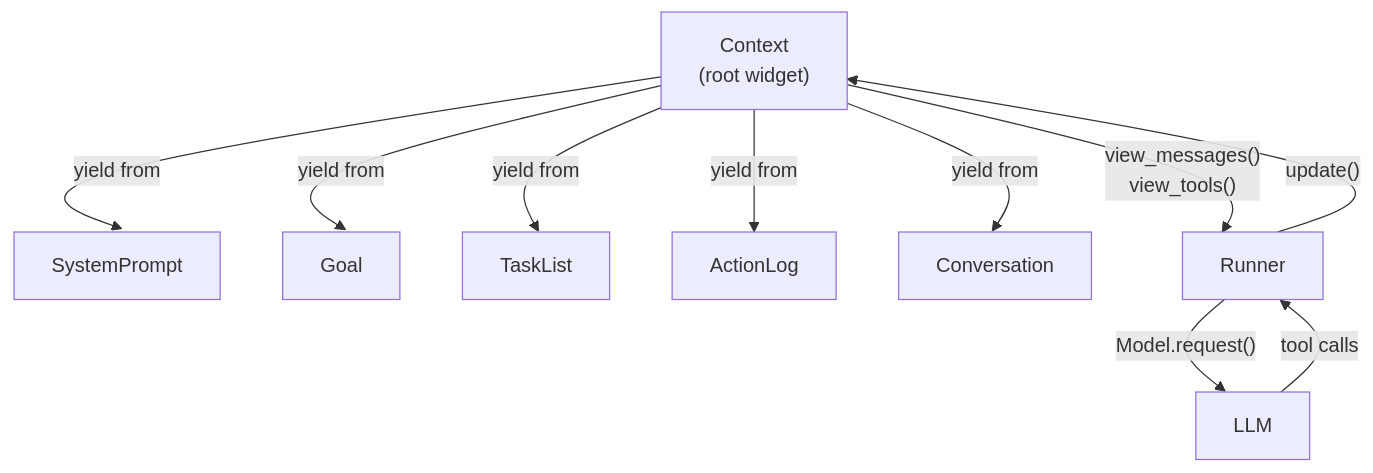
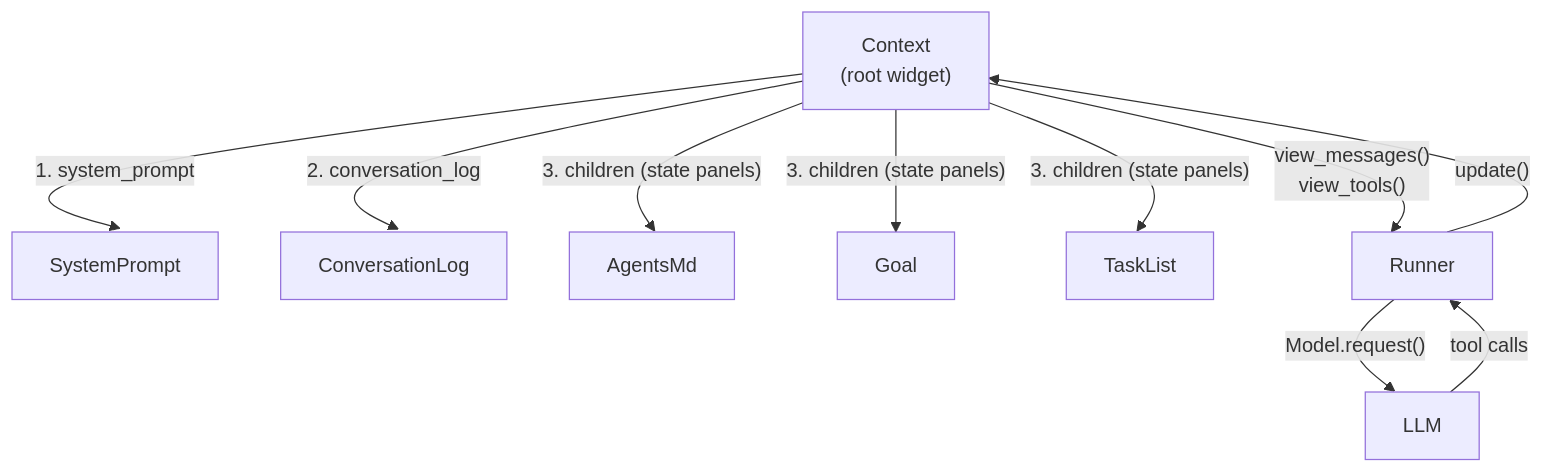
The second of 2 diagrams in docs/src/overview/README.md (nilp0inter/calipso), drawn with Mermaid before and after one commit. The commit also changed other lines of this file and 14 other files, not shown here.

First line of the commit message:
Improve context framing with IDE/workspace metaphor and add AgentsMd widget

````diff
--- a/docs/src/overview/README.md
+++ b/docs/src/overview/README.md
@@ -17,13 +17,14 @@
 ```mermaid
 %%{init: {'flowchart': {'curve': 'natural'}}}%%
 flowchart TB
-    Context["Context\n(root widget)"] -- "yield from" --> SP["SystemPrompt"]
-    Context -- "yield from" --> Goal["Goal"]
-    Context -- "yield from" --> TL["TaskList"]
-    Context -- "yield from" --> AL["ActionLog"]
-    Context -- "yield from" --> Conv["Conversation"]
+    Context["Context\n(root widget)"]
+    Context -- "1. system_prompt" --> SP["SystemPrompt"]
+    Context -- "2. conversation_log" --> CL["ConversationLog"]
+    Context -- "3. children (state panels)" --> AgentsMd["AgentsMd"]
+    Context -- "3. children (state panels)" --> Goal["Goal"]
+    Context -- "3. children (state panels)" --> TL["TaskList"]
     Context -- "view_messages()\nview_tools()" --> Runner["Runner"]
     Runner -- "Model.request()" --> LLM["LLM"]
     LLM -- "tool calls" --> Runner
     Runner -- "update()" --> Context
 ```
````
